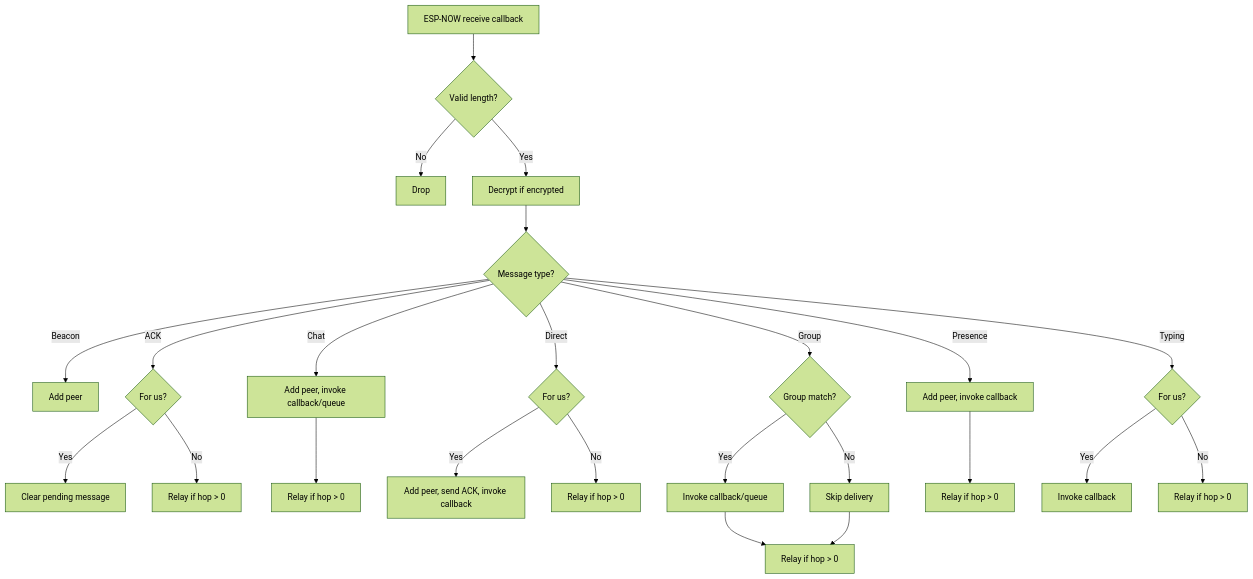
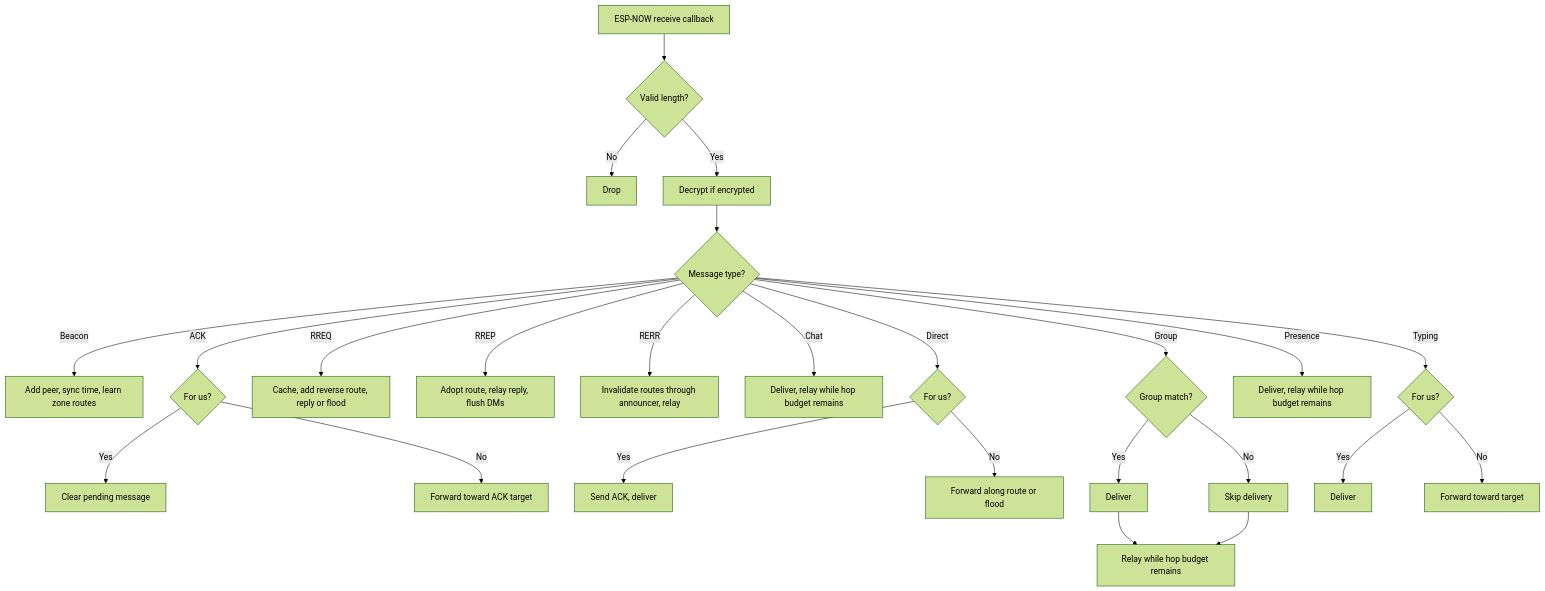
The sixth of 6 diagrams in Docs/docs/protocol/state-machine.md (NellowTCS/Mesh-NOW), drawn with Mermaid (forest theme) before and after one commit. The commit also changed 41 other files, not shown here.

````diff
--- a/Docs/docs/protocol/state-machine.md
+++ b/Docs/docs/protocol/state-machine.md
@@ -96,26 +96,27 @@
 ```mermaid
 flowchart TB
     A[ESP-NOW receive callback] --> B{Valid length?}
     B -->|No| C[Drop]
     B -->|Yes| D[Decrypt if encrypted]
     D --> E{Message type?}
-    E -->|Beacon| F[Add peer]
+    E -->|Beacon| F[Add peer, sync time, learn zone routes]
     E -->|ACK| G{For us?}
     G -->|Yes| H[Clear pending message]
-    G -->|No| I[Relay if hop > 0]
-    E -->|Chat| J[Add peer, invoke callback/queue]
-    J --> K[Relay if hop > 0]
-    E -->|Direct| L{For us?}
-    L -->|Yes| M[Add peer, send ACK, invoke callback]
-    L -->|No| N[Relay if hop > 0]
-    E -->|Group| O{Group match?}
-    O -->|Yes| P[Invoke callback/queue]
-    O -->|No| Q[Skip delivery]
-    P --> R[Relay if hop > 0]
-    Q --> R
-    E -->|Presence| S[Add peer, invoke callback]
-    S --> T[Relay if hop > 0]
-    E -->|Typing| U{For us?}
-    U -->|Yes| V[Invoke callback]
-    U -->|No| W[Relay if hop > 0]
+    G -->|No| I[Forward toward ACK target]
+    E -->|RREQ| J[Cache, add reverse route, reply or flood]
+    E -->|RREP| K[Adopt route, relay reply, flush DMs]
+    E -->|RERR| L[Invalidate routes through announcer, relay]
+    E -->|Chat| M[Deliver, relay while hop budget remains]
+    E -->|Direct| N{For us?}
+    N -->|Yes| O[Send ACK, deliver]
+    N -->|No| P[Forward along route or flood]
+    E -->|Group| Q{Group match?}
+    Q -->|Yes| R[Deliver]
+    Q -->|No| S[Skip delivery]
+    R --> T[Relay while hop budget remains]
+    S --> T
+    E -->|Presence| U[Deliver, relay while hop budget remains]
+    E -->|Typing| V{For us?}
+    V -->|Yes| W[Deliver]
+    V -->|No| X[Forward toward target]
 ```
````
